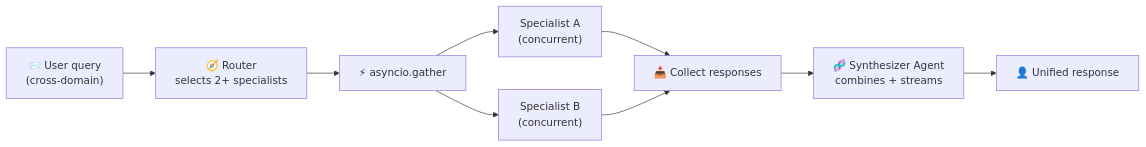
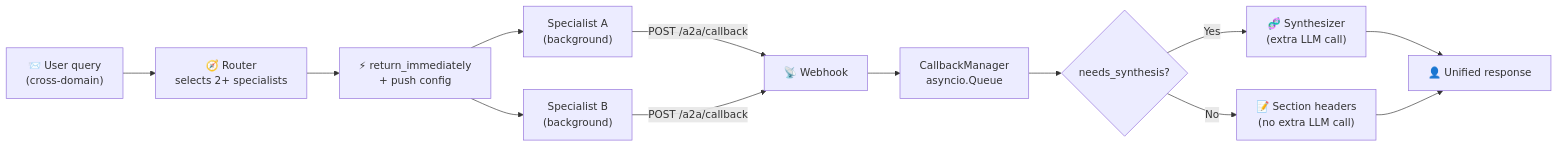
Before and after one commit to chandra447/nimbus-chat: the seventh of 7 diagrams in README.md, drawn with Mermaid. The commit also changed other lines of this file and 4 other files, not shown here.

````diff
--- a/README.md
+++ b/README.md
@@ -321,11 +341,15 @@
 ```mermaid
 graph LR
     Q["📨 User query<br/>(cross-domain)"] --> R["🧭 Router<br/>selects 2+ specialists"]
-    R --> F["⚡ asyncio.gather"]
-    F --> S1["Specialist A<br/>(concurrent)"]
-    F --> S2["Specialist B<br/>(concurrent)"]
-    S1 --> C["📥 Collect responses"]
-    S2 --> C
-    C --> SY["🧬 Synthesizer Agent<br/>combines + streams"]
+    R --> F["⚡ return_immediately<br/>+ push config"]
+    F --> S1["Specialist A<br/>(background)"]
+    F --> S2["Specialist B<br/>(background)"]
+    S1 -->|"POST /a2a/callback"| WH["📡 Webhook"]
+    S2 -->|"POST /a2a/callback"| WH
+    WH --> CM["CallbackManager<br/>asyncio.Queue"]
+    CM --> SC{"needs_synthesis?"}
+    SC -->|Yes| SY["🧬 Synthesizer<br/>(extra LLM call)"]
+    SC -->|No| SE["📝 Section headers<br/>(no extra LLM call)"]
     SY --> U["👤 Unified response"]
+    SE --> U
 ```
````
